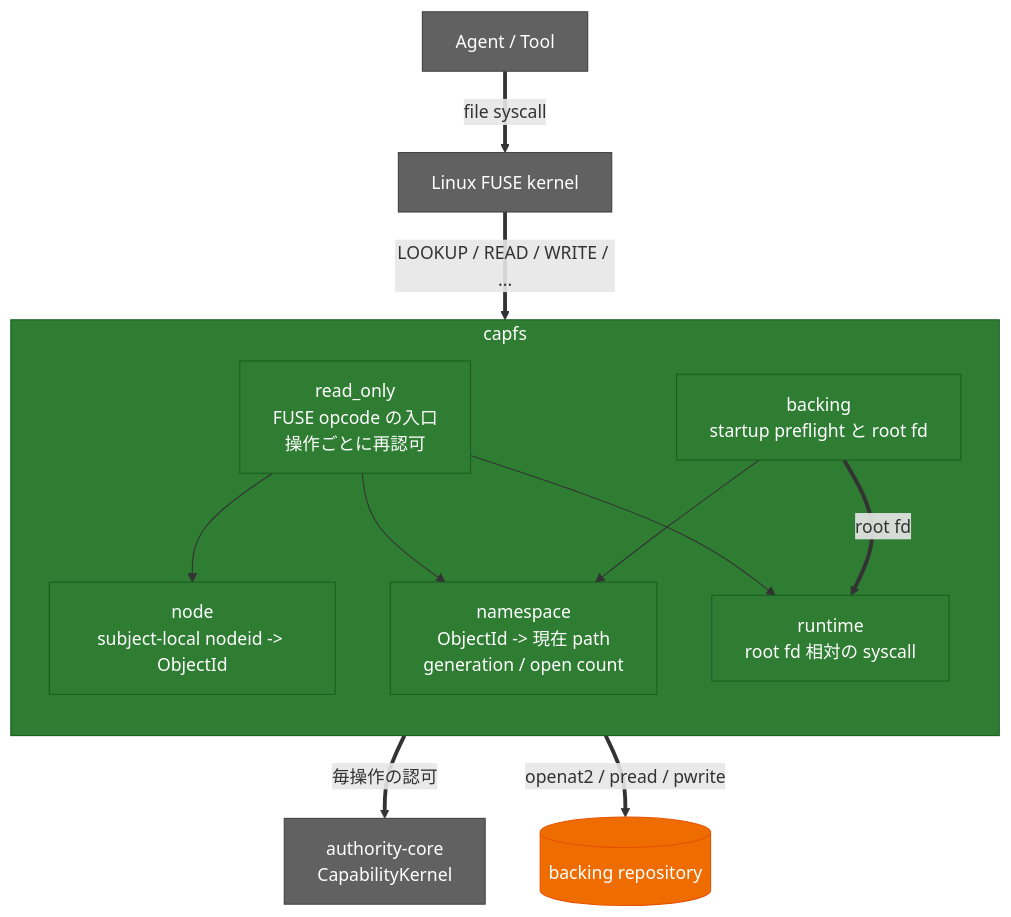
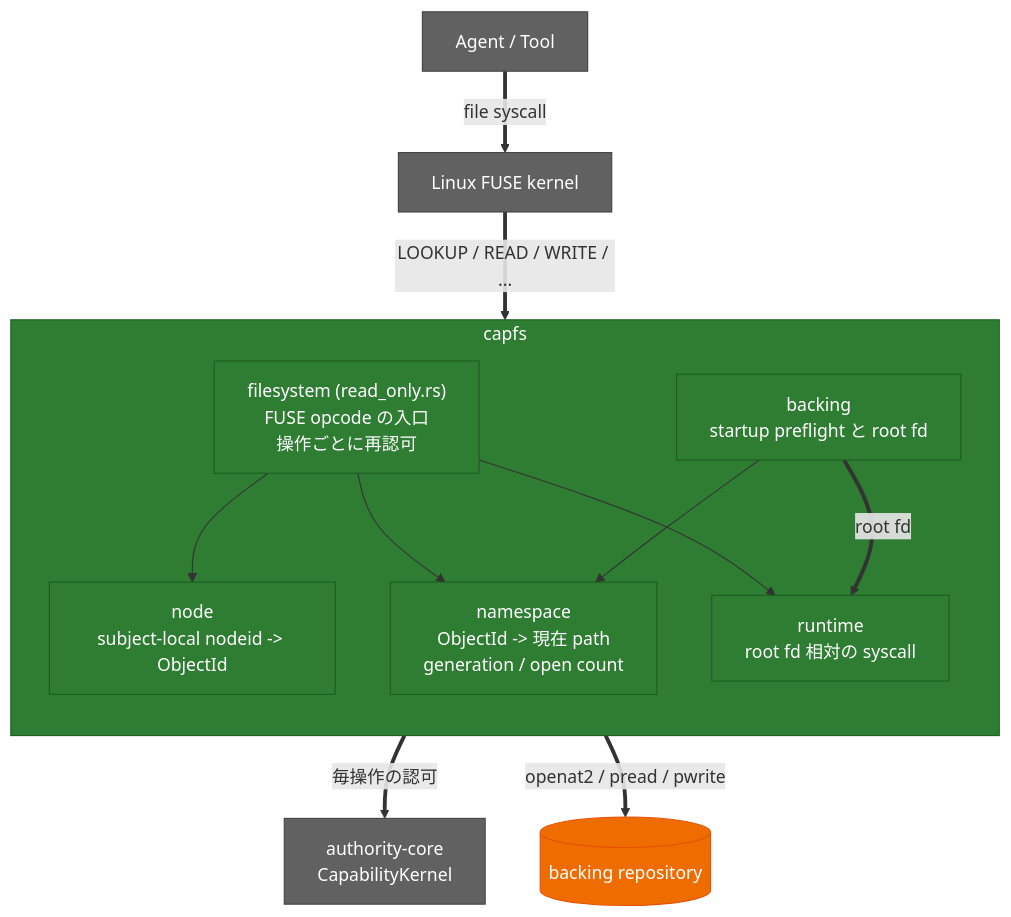
One commit to Aqua-218/SecCamp-AIAgent changed the diagram in docs/capfs/README.md. Above: the diagram before and after it, drawn with Mermaid. The commit also changed other lines of this file, not shown here.

````diff
--- a/docs/capfs/README.md
+++ b/docs/capfs/README.md
@@ -27,34 +27,34 @@
 ```mermaid
 flowchart TB
     wl["Agent / Tool"]
     fuse["Linux FUSE kernel"]
 
     subgraph cf["capfs"]
         direction TB
-        ro["read_only<br/>FUSE opcode の入口<br/>操作ごとに再認可"]
+        ro["filesystem (read_only.rs)<br/>FUSE opcode の入口<br/>操作ごとに再認可"]
         node["node<br/>subject-local nodeid -> ObjectId"]
         ns["namespace<br/>ObjectId -> 現在 path<br/>generation / open count"]
         rt["runtime<br/>root fd 相対の syscall"]
         backing["backing<br/>startup preflight と root fd"]
     end
 
     kernel["authority-core<br/>CapabilityKernel"]
     tree[("backing repository")]
 
     wl ==>|"file syscall"| fuse
     fuse ==>|"LOOKUP / READ / WRITE / ..."| ro
     ro --> node
     ro --> ns
     ro ==>|"毎操作の認可"| kernel
     ro --> rt
     backing --> ns
     backing ==>|"root fd"| rt
     rt ==>|"openat2 / pread / pwrite"| tree
     classDef guest fill:#2e7d32,color:#fff,stroke:#1b5e20;
     classDef data fill:#ef6c00,color:#fff,stroke:#e65100;
     classDef external fill:#616161,color:#fff,stroke:#424242;
     class cf,ro,node,ns,rt,backing guest;
     class kernel,fuse external;
     class wl external;
     class tree data;
 ```
````
